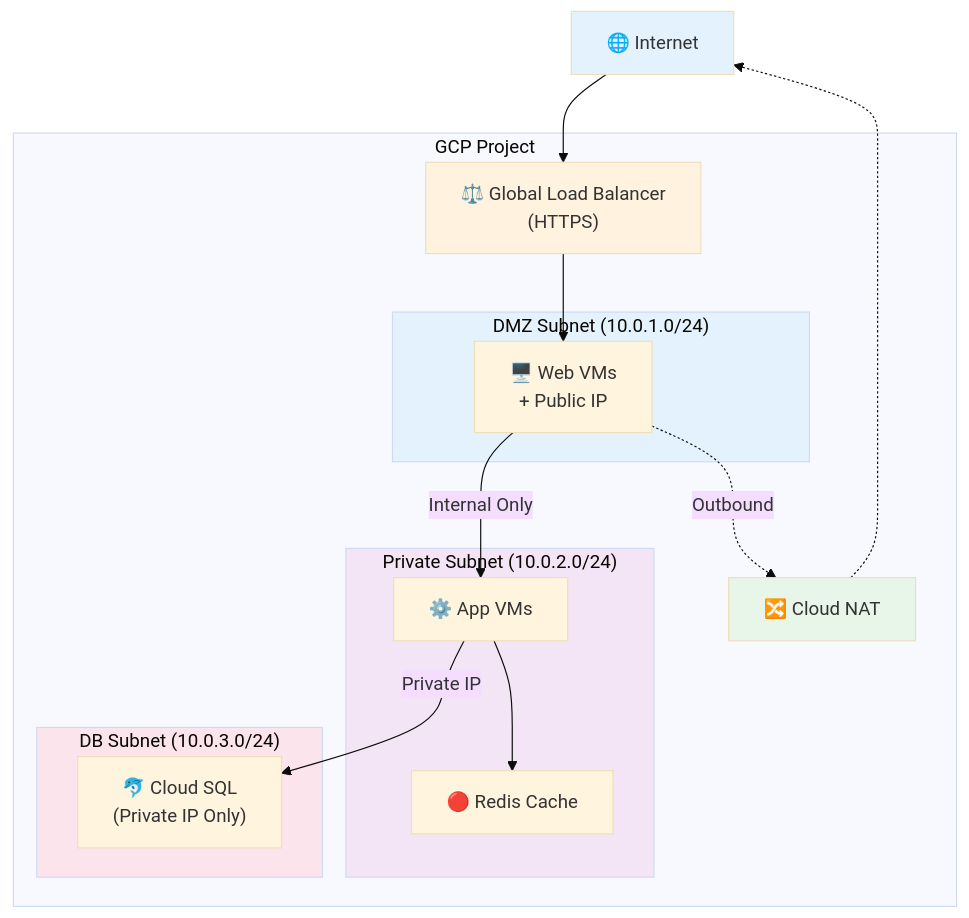
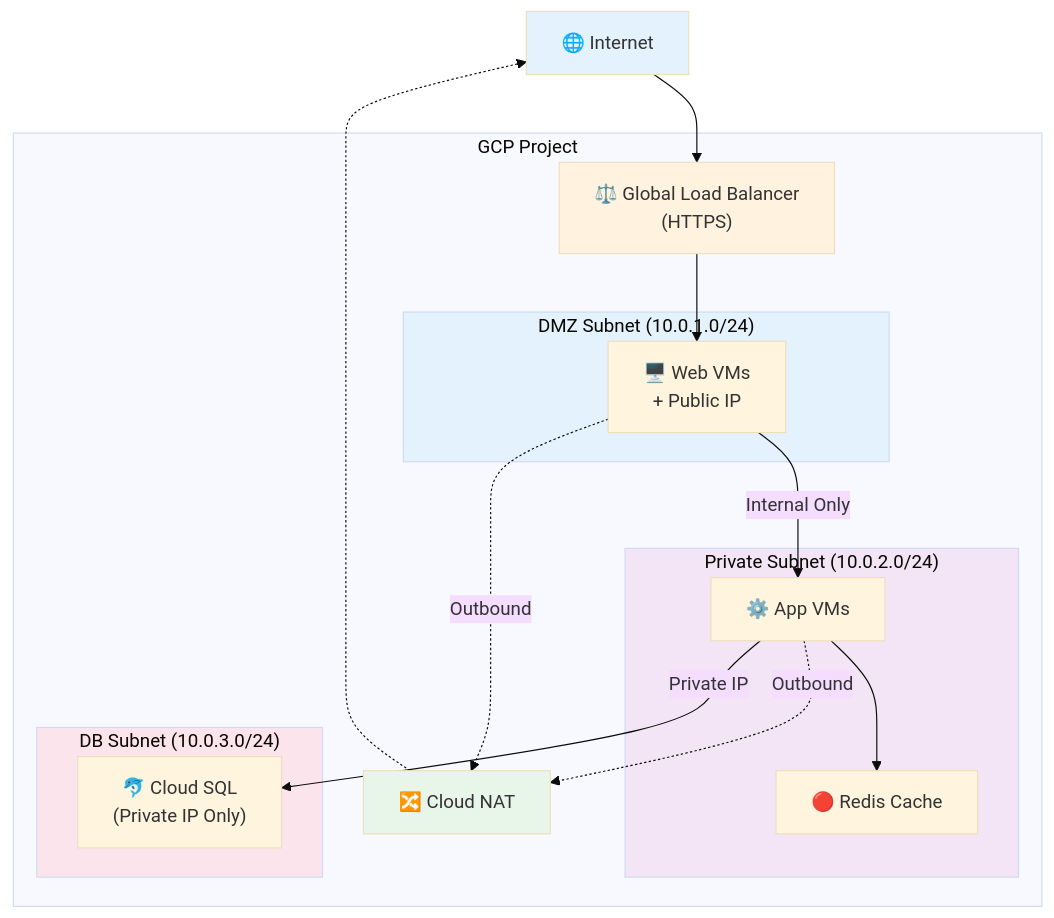
Before and after one commit to JSJ2337/GCP_terraform_code: the second of 2 diagrams in terraform_gcp_infra/README.md, drawn with Mermaid (base theme).

Commit message:
docs: App VM Cloud NAT Outbound 연결 추가
Private Subnet의 App VM도 Cloud NAT를 통해
Outbound 트래픽을 처리하는 것을 다이어그램에 반영

````diff
--- a/terraform_gcp_infra/README.md
+++ b/terraform_gcp_infra/README.md
@@ -175,38 +175,39 @@
 ```mermaid
 flowchart TB
     INET["🌐 Internet"]
 
     subgraph GCP["GCP Project"]
         LB["⚖️ Global Load Balancer<br/>(HTTPS)"]
         NAT["🔀 Cloud NAT"]
 
         subgraph DMZ["DMZ Subnet (10.0.1.0/24)"]
             WEB["🖥️ Web VMs<br/>+ Public IP"]
         end
 
         subgraph Private["Private Subnet (10.0.2.0/24)"]
             APP["⚙️ App VMs"]
             REDIS["🔴 Redis Cache"]
         end
 
         subgraph DB["DB Subnet (10.0.3.0/24)"]
             SQL["🐬 Cloud SQL<br/>(Private IP Only)"]
         end
     end
 
     INET --> LB
     LB --> WEB
     WEB -.->|Outbound| NAT
+    APP -.->|Outbound| NAT
     NAT -.-> INET
 
     WEB -->|Internal Only| APP
     APP --> REDIS
     APP -->|Private IP| SQL
 
     style INET fill:#e3f2fd
     style LB fill:#fff3e0
     style NAT fill:#e8f5e9
     style DMZ fill:#e3f2fd
     style Private fill:#f3e5f5
     style DB fill:#fce4ec
 ```
````
